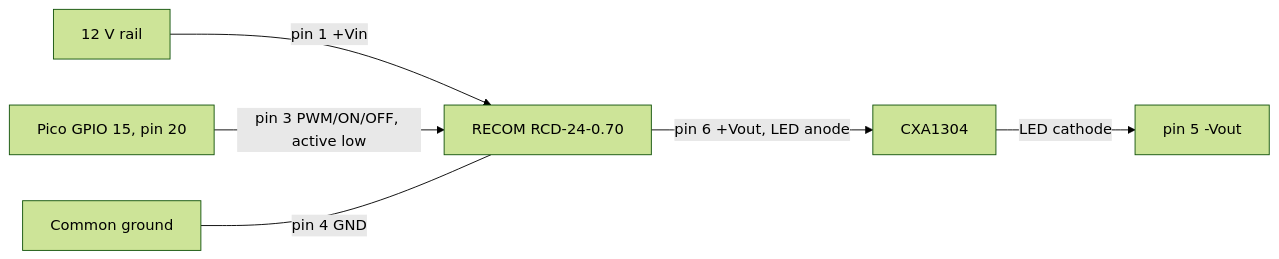
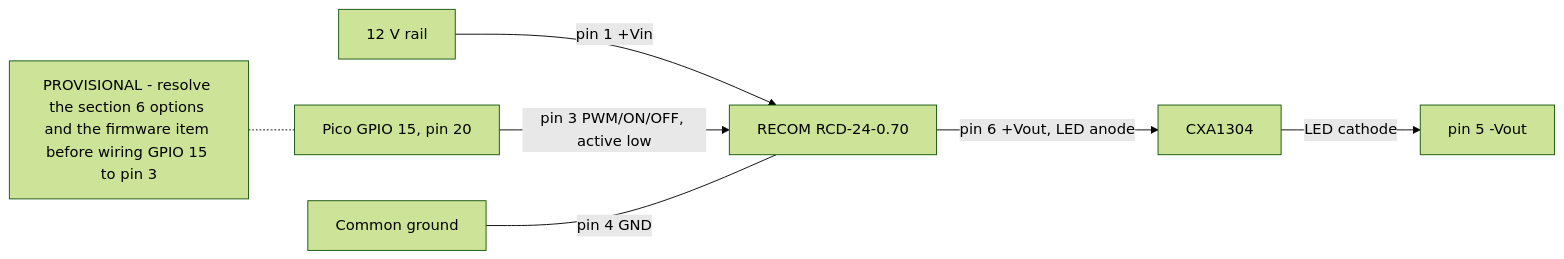
The fourth of 4 diagrams in docs/design/wiring.md (hess105/Super8FilmScanner), drawn with Mermaid (forest theme) before and after one commit. The commit also changed other lines of this file and 4 other files, not shown here.

````diff
--- a/docs/design/wiring.md
+++ b/docs/design/wiring.md
@@ -147,8 +147,9 @@
 ```mermaid
 flowchart LR
     R12[12 V rail] -->|pin 1 +Vin| LDV[RECOM RCD-24-0.70]
     PWM[Pico GPIO 15, pin 20] -->|pin 3 PWM/ON/OFF, active low| LDV
     LDV -->|pin 6 +Vout, LED anode| LED[CXA1304]
     LED -->|LED cathode| LDV5[pin 5 -Vout]
     GND[Common ground] ---|pin 4 GND| LDV
+    NOTE[PROVISIONAL - resolve the section 6 options and the firmware item before wiring GPIO 15 to pin 3] -.- PWM
 ```
````
